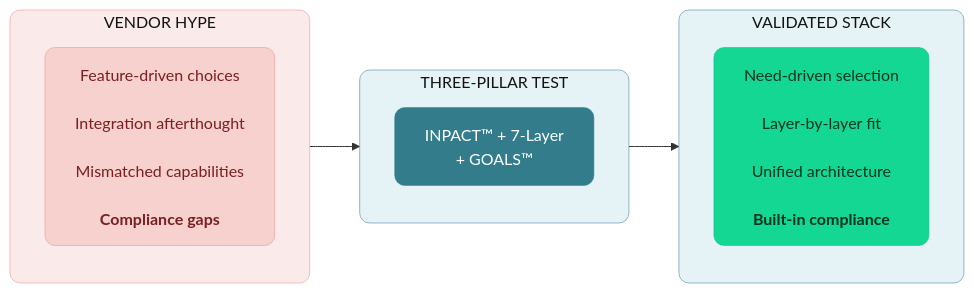
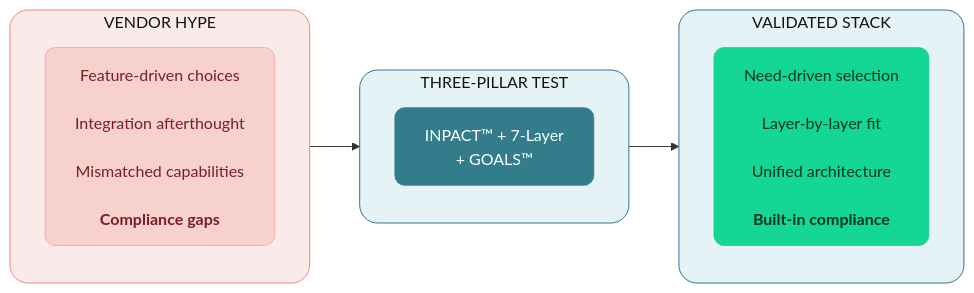
One commit to saitejesh-cyber/trust-before-intelligence-book changed the first of 5 diagrams in manuscript/12_chapter_11_technology_selection_guide_v1_2.md. Above: the diagram before and after it, drawn with Mermaid. The commit also changed other lines of this file and 12 other files, not shown here.

````diff
--- a/manuscript/12_chapter_11_technology_selection_guide_v1_2.md
+++ b/manuscript/12_chapter_11_technology_selection_guide_v1_2.md
@@ -9,28 +9,28 @@
 ```mermaid
 
  graph LR
     subgraph BEFORE["VENDOR HYPE"]
         direction TB
         B1["Feature-driven choices<br/><br/>Integration afterthought<br/><br/>Mismatched capabilities<br/><br/><b>Compliance gaps</b>"]
     end
     
     subgraph TRANSFORM["THREE-PILLAR TEST"]
         direction TB
         T1["INPACT™ + 7-Layer<br/>+ GOALS™"]
     end
     
     subgraph AFTER["VALIDATED STACK"]
         direction TB
         A1["Need-driven selection<br/><br/>Layer-by-layer fit<br/><br/>Unified architecture<br/><br/><b>Built-in compliance</b>"]
     end
     
     BEFORE --> TRANSFORM --> AFTER
     
-    style BEFORE fill:#FBEAEA,stroke:#EB898B,stroke-width:0.5px,color:#121212,rx:10,ry:10
+    style BEFORE fill:#FBEAEA,stroke:#EB898B,stroke-width:1px,color:#121212,rx:18,ry:18
     style B1 fill:#F6D1CE,stroke:#EB898B,stroke-width:0.5px,color:#7A1F22,rx:10,ry:10
-    style TRANSFORM fill:#E6F3F6,stroke:#32738C,stroke-width:0.5px,color:#121212,rx:10,ry:10
+    style TRANSFORM fill:#E6F3F6,stroke:#32738C,stroke-width:1px,color:#121212,rx:18,ry:18
     style T1 fill:#327C8C,stroke:#30838C,stroke-width:0.5px,color:#ffffff,rx:10,ry:10
-    style AFTER fill:#E6F3F6,stroke:#32738C,stroke-width:0.5px,color:#121212,rx:10,ry:10
+    style AFTER fill:#E6F3F6,stroke:#32738C,stroke-width:1px,color:#121212,rx:18,ry:18
     style A1 fill:#14D793,stroke:#0FB67D,stroke-width:0.5px,color:#003322,rx:10,ry:10
 
 ```
````
